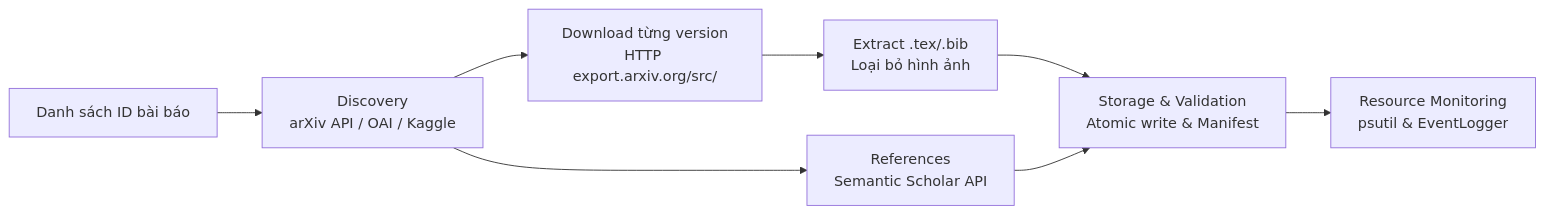
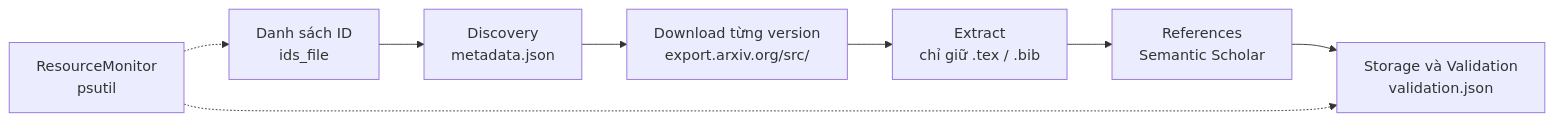
One commit to rabbitvn66/intro2DS-book changed the diagram in book/m1/01_overview.md. Above: the diagram before and after it, drawn with Mermaid. The commit also changed other lines of this file, not shown here.

````diff
--- a/book/m1/01_overview.md
+++ b/book/m1/01_overview.md
@@ -32,10 +61,10 @@
 ```{mermaid}
 flowchart LR
-  A[Danh sách ID bài báo] --> B[Discovery<br/>arXiv API / OAI / Kaggle]
-  B --> C[Download từng version<br/>HTTP export.arxiv.org/src/]
-  C --> D[Extract .tex/.bib<br/>Loại bỏ hình ảnh]
-  B --> E[References<br/>Semantic Scholar API]
-  D --> F[Storage & Validation<br/>Atomic write & Manifest]
-  E --> F
-  F --> G[Resource Monitoring<br/>psutil & EventLogger]
+  A[Danh sách ID<br/>ids_file] --> B[Discovery<br/>metadata.json]
+  B --> C[Download từng version<br/>export.arxiv.org/src/]
+  C --> D[Extract<br/>chỉ giữ .tex / .bib]
+  D --> E[References<br/>Semantic Scholar]
+  E --> F[Storage và Validation<br/>validation.json]
+  M[ResourceMonitor<br/>psutil] -.-> A
+  M -.-> F
 ```
````
